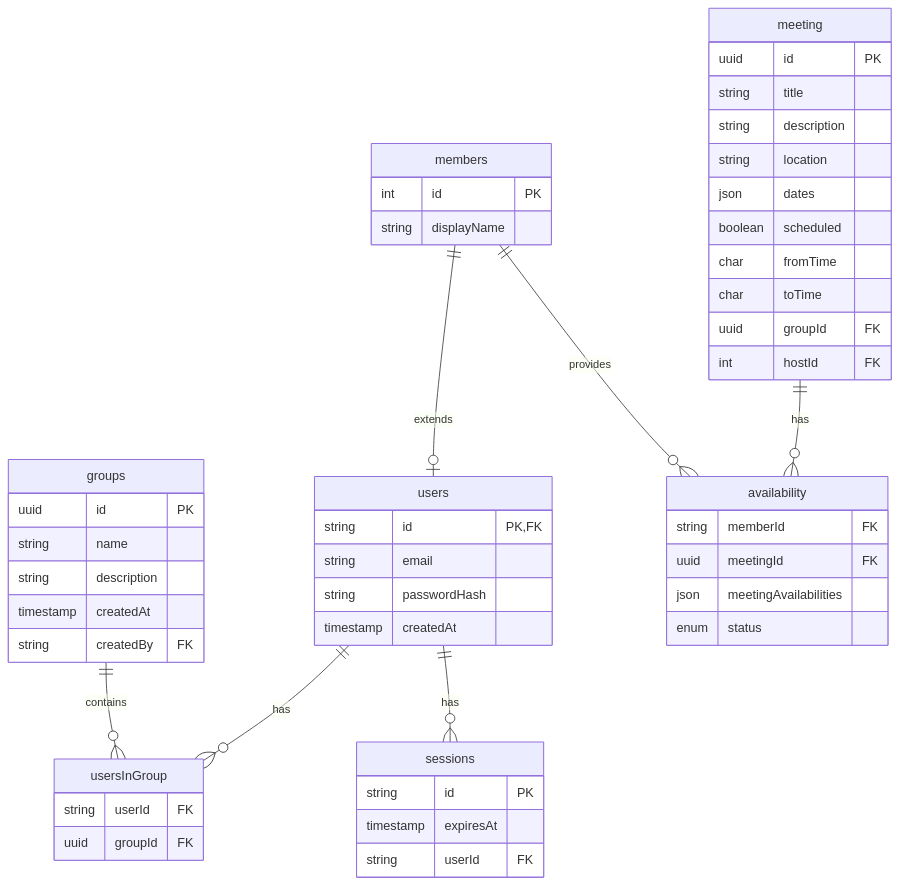
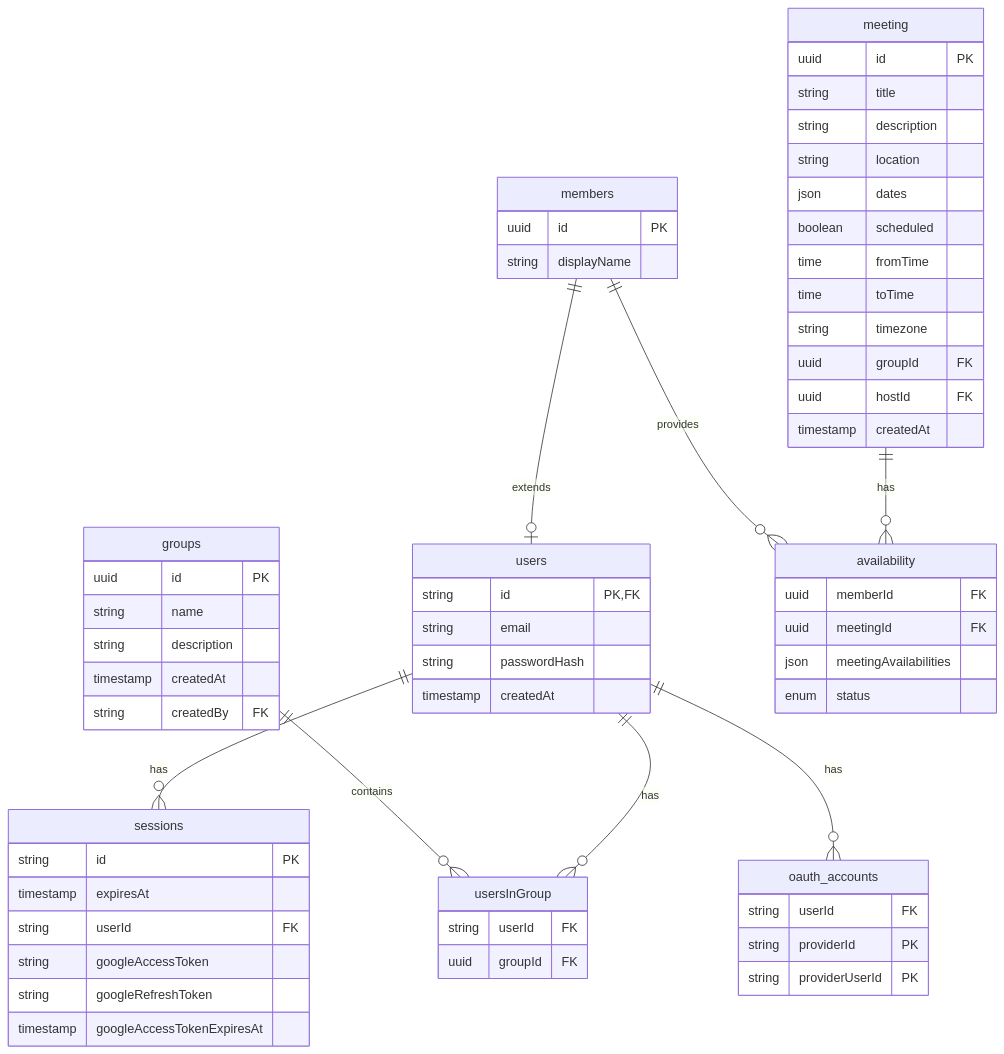
One commit to icssc/ZotMeet changed the diagram in README.md. Above: the diagram before and after it, drawn with Mermaid.

Commit message:
docs: 📚️ update README to reflect database changes

````diff
--- a/README.md
+++ b/README.md
@@ -87,54 +87,65 @@
 ```mermaid
 erDiagram
     users {
         string id PK, FK
         string email
         string passwordHash
         timestamp createdAt
     }
     groups {
         uuid id PK
         string name
         string description
         timestamp createdAt
         string createdBy FK
     }
     usersInGroup {
         string userId FK
         uuid groupId FK
     }
     members {
-        int id PK
+        uuid id PK
         string displayName
     }
     availability {
-        string memberId FK
+        uuid memberId FK
         uuid meetingId FK
         json meetingAvailabilities
         enum status
     }
     meeting {
         uuid id PK
         string title
         string description
         string location
         json dates
         boolean scheduled
-        char fromTime
-        char toTime
+        time fromTime
+        time toTime
+        string timezone
         uuid groupId FK
-        int hostId FK
+        uuid hostId FK
+        timestamp createdAt
     }
     sessions {
         string id PK
         timestamp expiresAt
         string userId FK
+        string googleAccessToken
+        string googleRefreshToken
+        timestamp googleAccessTokenExpiresAt
+    }
+    oauth_accounts {
+        string userId FK
+        string providerId PK
+        string providerUserId PK
     }
 
     meeting ||--o{ availability : has
     users ||--o{ usersInGroup : has
     groups ||--o{ usersInGroup : contains
     members ||--o| users : extends
     members ||--o{ availability : provides
-    users ||--o{ sessions : has 
+    users ||--o{ sessions : has
+    users ||--o{ oauth_accounts : has
 ```
````
